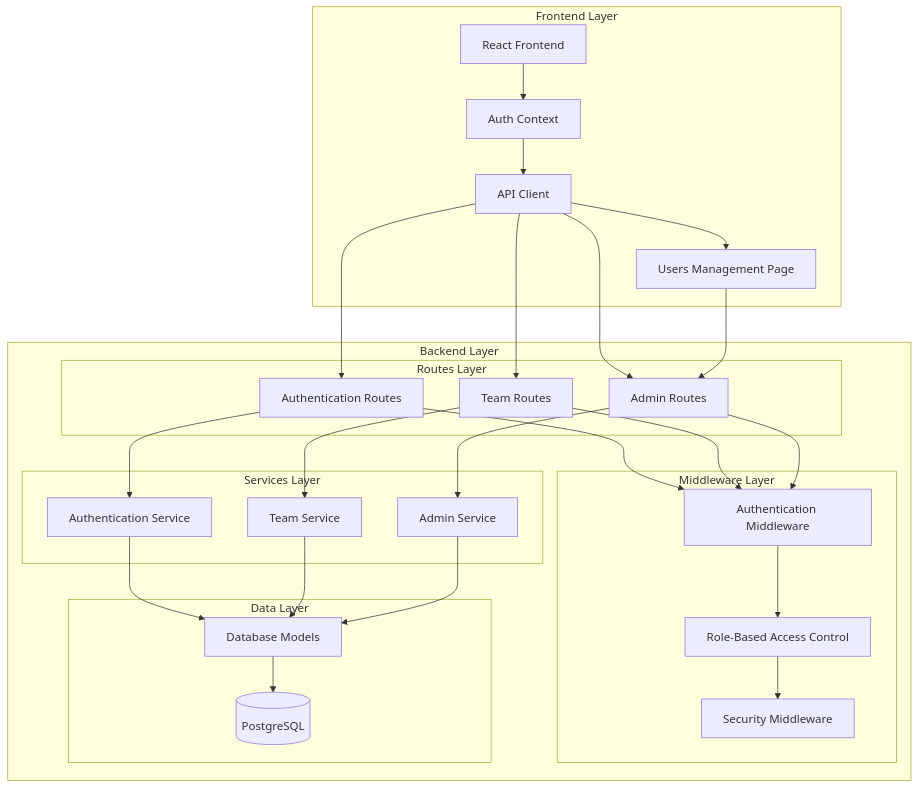
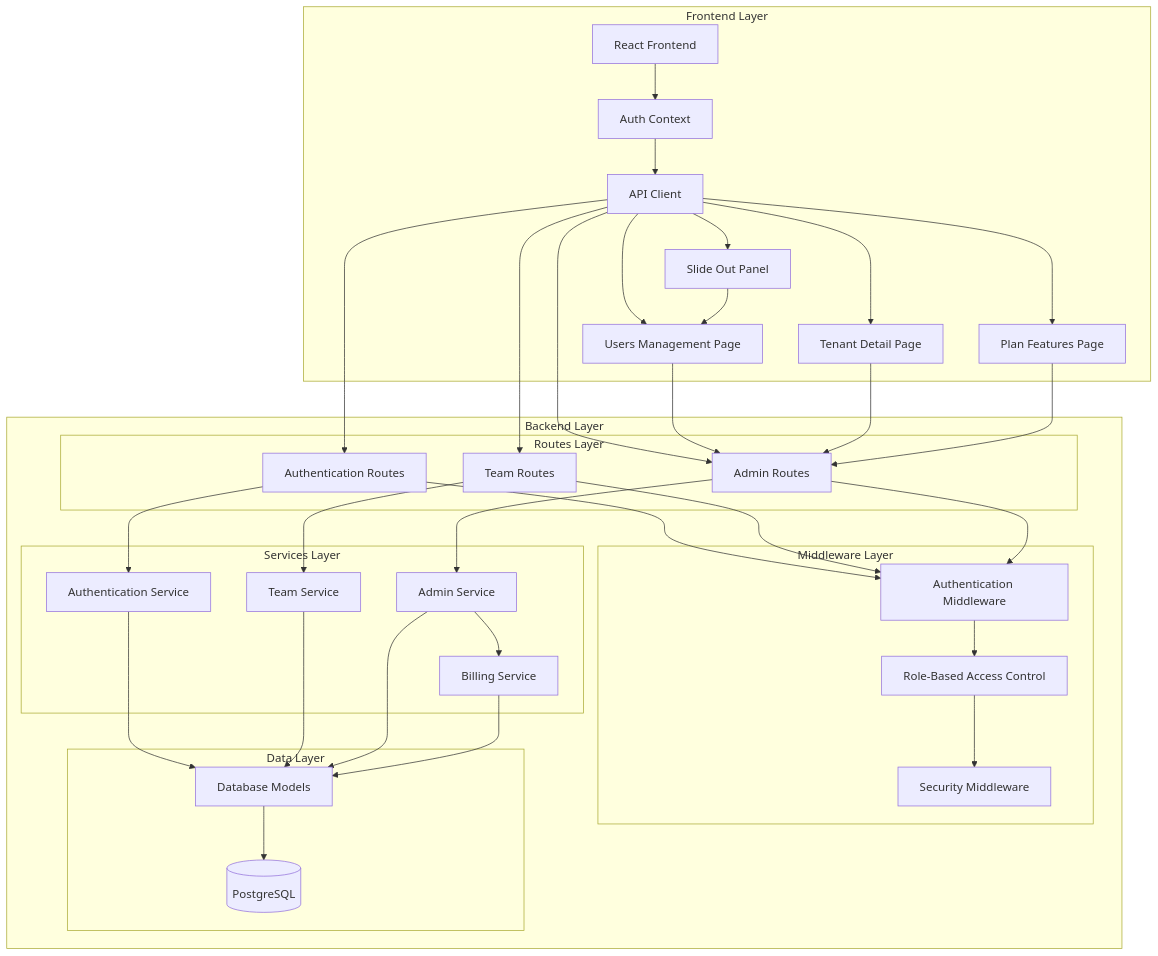
Before and after one commit to Revanththetalogics/aireume: the first of 27 diagrams in .qoder/repowiki/en/content/Frontend Architecture/User Management.md, drawn with Mermaid. The commit also changed other lines of this file and 7 other files, not shown here.

````diff
--- a/.qoder/repowiki/en/content/Frontend Architecture/User Management.md
+++ b/.qoder/repowiki/en/content/Frontend Architecture/User Management.md
@@ -46,49 +55,61 @@
 ```mermaid
 graph TB
 subgraph "Frontend Layer"
 UI[React Frontend]
 AuthCtx[Auth Context]
 API[API Client]
 UsersPage[Users Management Page]
+TenantDetailPage[Tenant Detail Page]
+SlideOutPanel[Slide Out Panel]
+PlanFeaturesPage[Plan Features Page]
 end
 subgraph "Backend Layer"
 subgraph "Routes Layer"
 AuthRoutes[Authentication Routes]
 TeamRoutes[Team Routes]
 AdminRoutes[Admin Routes]
 end
 subgraph "Middleware Layer"
 AuthMW[Authentication Middleware]
 RBAC[Role-Based Access Control]
 Security[Security Middleware]
 end
 subgraph "Services Layer"
 AuthSvc[Authentication Service]
 TeamSvc[Team Service]
 AdminSvc[Admin Service]
+BillingSvc[Billing Service]
 end
 subgraph "Data Layer"
 Models[Database Models]
 DB[(PostgreSQL)]
 end
 end
 UI --> AuthCtx
 AuthCtx --> API
 API --> UsersPage
+API --> TenantDetailPage
+API --> SlideOutPanel
+API --> PlanFeaturesPage
 API --> AuthRoutes
 API --> TeamRoutes
 API --> AdminRoutes
 UsersPage --> AdminRoutes
+TenantDetailPage --> AdminRoutes
+SlideOutPanel --> UsersPage
+PlanFeaturesPage --> AdminRoutes
 AuthRoutes --> AuthMW
 TeamRoutes --> AuthMW
 AdminRoutes --> AuthMW
 AuthMW --> RBAC
 RBAC --> Security
 AuthRoutes --> AuthSvc
 TeamRoutes --> TeamSvc
 AdminRoutes --> AdminSvc
+AdminSvc --> BillingSvc
 AuthSvc --> Models
 TeamSvc --> Models
 AdminSvc --> Models
+BillingSvc --> Models
 Models --> DB
 ```
````
